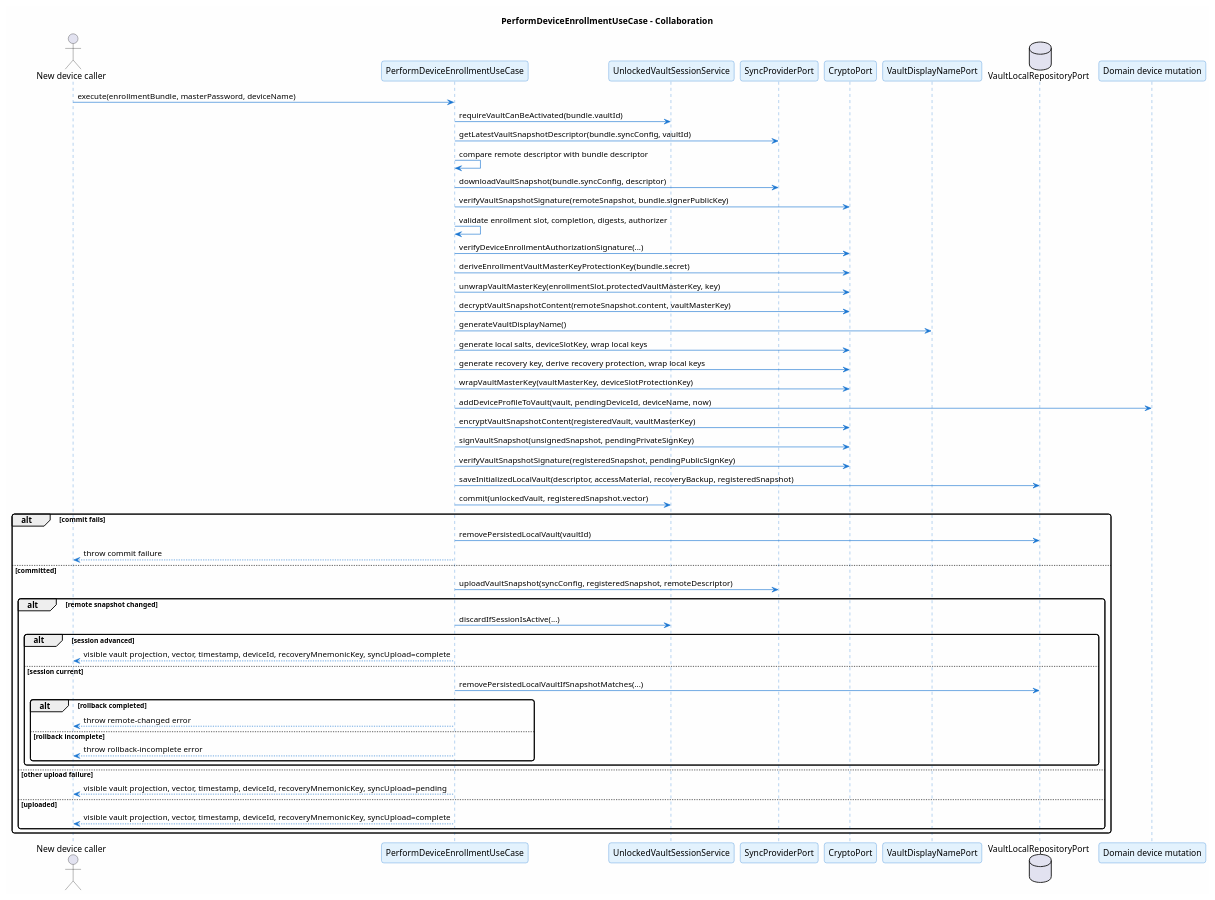
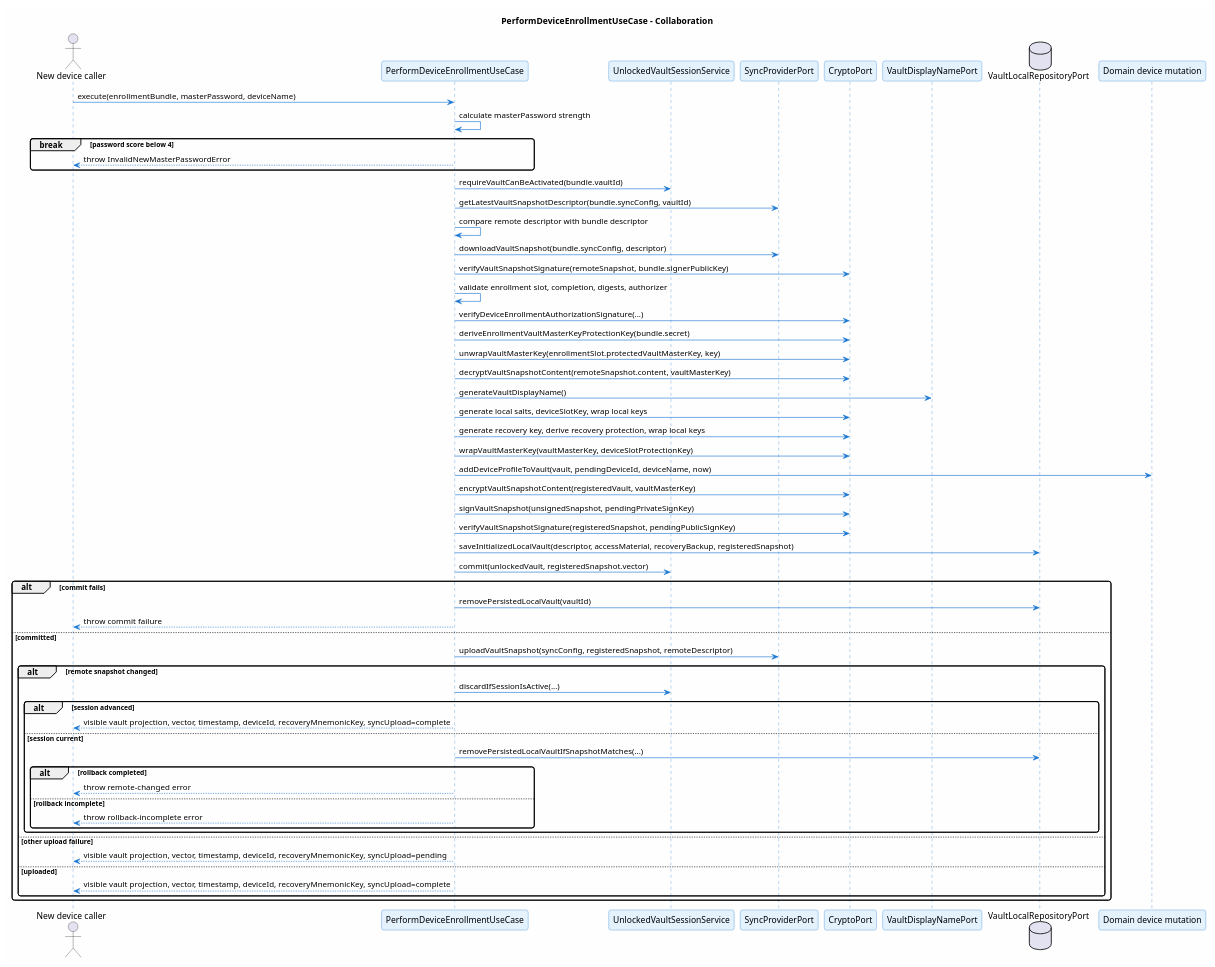
Before and after one commit to ArionStudio/engr-serverless-pm: the diagram in docs/v1/use-case/device-trust/perform-device-enrollment.sequence.puml, drawn with PlantUML. The commit also changed 12 other files, not shown here.

```diff
--- a/docs/v1/use-case/device-trust/perform-device-enrollment.sequence.puml
+++ b/docs/v1/use-case/device-trust/perform-device-enrollment.sequence.puml
@@ -1,68 +1,72 @@
 @startuml perform-device-enrollment-sequence
 title PerformDeviceEnrollmentUseCase - Collaboration
 
 skinparam backgroundColor #FEFEFE
 skinparam roundcorner 8
 skinparam shadowing false
 skinparam sequence {
   ArrowColor #1976D2
   LifeLineBorderColor #1976D2
   ParticipantBackgroundColor #E3F2FD
   ParticipantBorderColor #1976D2
 }
 
 actor "New device caller" as Caller
 participant "PerformDeviceEnrollmentUseCase" as UC
 participant "UnlockedVaultSessionService" as Session
 participant "SyncProviderPort" as Sync
 participant "CryptoPort" as Crypto
 participant "VaultDisplayNamePort" as Names
 database "VaultLocalRepositoryPort" as LocalRepo
 participant "Domain device mutation" as Domain
 
 Caller -> UC : execute(enrollmentBundle, masterPassword, deviceName)
+UC -> UC : calculate masterPassword strength
+break password score below 4
+  UC --> Caller : throw InvalidNewMasterPasswordError
+end
 UC -> Session : requireVaultCanBeActivated(bundle.vaultId)
 UC -> Sync : getLatestVaultSnapshotDescriptor(bundle.syncConfig, vaultId)
 UC -> UC : compare remote descriptor with bundle descriptor
 UC -> Sync : downloadVaultSnapshot(bundle.syncConfig, descriptor)
 UC -> Crypto : verifyVaultSnapshotSignature(remoteSnapshot, bundle.signerPublicKey)
 UC -> UC : validate enrollment slot, completion, digests, authorizer
 UC -> Crypto : verifyDeviceEnrollmentAuthorizationSignature(...)
 UC -> Crypto : deriveEnrollmentVaultMasterKeyProtectionKey(bundle.secret)
 UC -> Crypto : unwrapVaultMasterKey(enrollmentSlot.protectedVaultMasterKey, key)
 UC -> Crypto : decryptVaultSnapshotContent(remoteSnapshot.content, vaultMasterKey)
 UC -> Names : generateVaultDisplayName()
 UC -> Crypto : generate local salts, deviceSlotKey, wrap local keys
 UC -> Crypto : generate recovery key, derive recovery protection, wrap local keys
 UC -> Crypto : wrapVaultMasterKey(vaultMasterKey, deviceSlotProtectionKey)
 UC -> Domain : addDeviceProfileToVault(vault, pendingDeviceId, deviceName, now)
 UC -> Crypto : encryptVaultSnapshotContent(registeredVault, vaultMasterKey)
 UC -> Crypto : signVaultSnapshot(unsignedSnapshot, pendingPrivateSignKey)
 UC -> Crypto : verifyVaultSnapshotSignature(registeredSnapshot, pendingPublicSignKey)
 UC -> LocalRepo : saveInitializedLocalVault(descriptor, accessMaterial, recoveryBackup, registeredSnapshot)
 UC -> Session : commit(unlockedVault, registeredSnapshot.vector)
 alt commit fails
   UC -> LocalRepo : removePersistedLocalVault(vaultId)
   UC --> Caller : throw commit failure
 else committed
   UC -> Sync : uploadVaultSnapshot(syncConfig, registeredSnapshot, remoteDescriptor)
   alt remote snapshot changed
     UC -> Session : discardIfSessionIsActive(...)
     alt session advanced
       UC --> Caller : visible vault projection, vector, timestamp, deviceId, recoveryMnemonicKey, syncUpload=complete
     else session current
       UC -> LocalRepo : removePersistedLocalVaultIfSnapshotMatches(...)
       alt rollback completed
         UC --> Caller : throw remote-changed error
       else rollback incomplete
         UC --> Caller : throw rollback-incomplete error
       end
     end
   else other upload failure
     UC --> Caller : visible vault projection, vector, timestamp, deviceId, recoveryMnemonicKey, syncUpload=pending
   else uploaded
     UC --> Caller : visible vault projection, vector, timestamp, deviceId, recoveryMnemonicKey, syncUpload=complete
   end
 end
 
 @enduml
```
